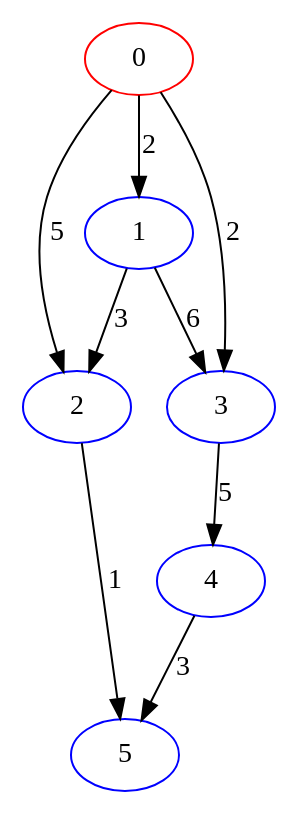
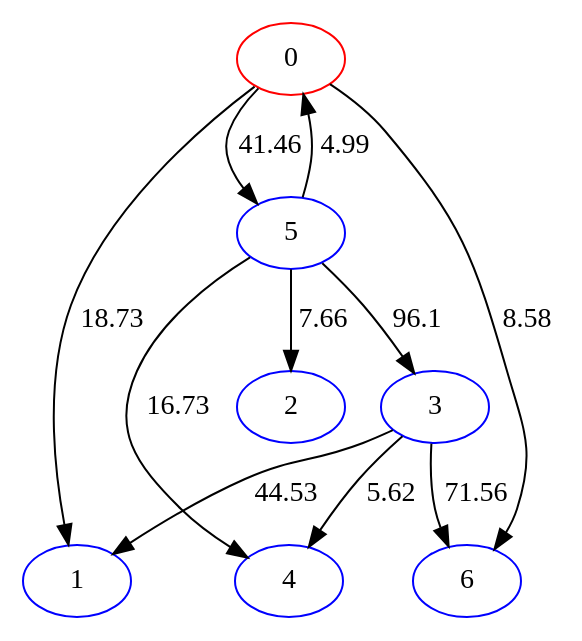
The diagram in Projekt/rysunek.dot (Erdahil/AiSD2-projekt), drawn with Graphviz before and after one commit. The commit also changed 3 other files, not shown here.

```diff
--- a/Projekt/rysunek.dot
+++ b/Projekt/rysunek.dot
@@ -1,16 +1,19 @@
 digraph G {
-    0 [pos="0,1!", label="0", color="red"];
-    1 [pos="0,-1!", label="1", color="blue"];
-    2 [pos="1,1!", label="2", color="blue"];
-    3 [pos="1,-1!", label="3", color="blue"];
-    4 [pos="3,1!", label="4", color="blue"];
-    5 [pos="3,-1!", label="5", color="blue"];
-    0 -> 2 [label="5"];
-    0 -> 1 [label="2"];
-    0 -> 3 [label="2"];
-    1 -> 3 [label="6"];
-    1 -> 2 [label="3"];
-    2 -> 5 [label="1"];
-    3 -> 4 [label="5"];
-    4 -> 5 [label="3"];
+    0 [pos="0.417,1.529!", label="0", color="red"];
+    1 [pos="1.14,-3.986!", label="1", color="blue"];
+    2 [pos="6.707,-6.818!", label="2", color="blue"];
+    3 [pos="-3.299,-7.668!", label="3", color="blue"];
+    4 [pos="-9.497,-6.477!", label="4", color="blue"];
+    5 [pos="-9.91,5.665!", label="5", color="blue"];
+    6 [pos="-8.685,1.319!", label="6", color="blue"];
+    0 -> 1 [label="18.73"];
+    0 -> 6 [label="8.58"];
+    0 -> 5 [label="41.46"];
+    3 -> 6 [label="71.56"];
+    3 -> 4 [label="5.62"];
+    3 -> 1 [label="44.53"];
+    5 -> 4 [label="16.73"];
+    5 -> 2 [label="7.66"];
+    5 -> 3 [label="96.1"];
+    5 -> 0 [label="4.99"];
 }
```
